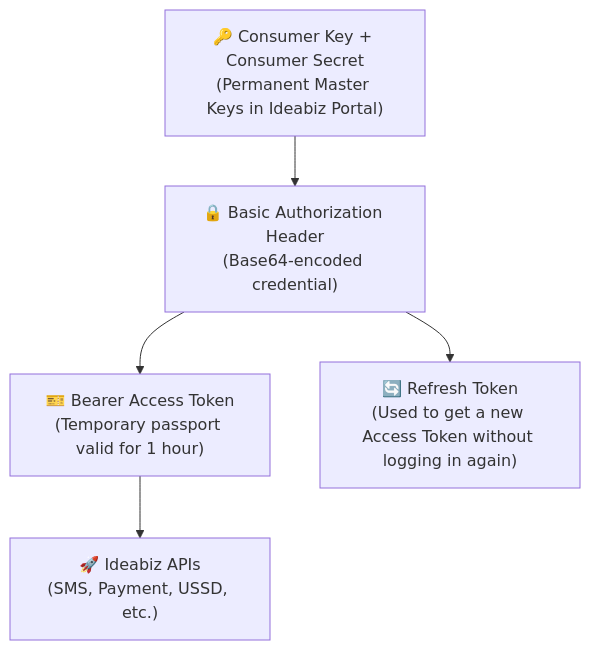
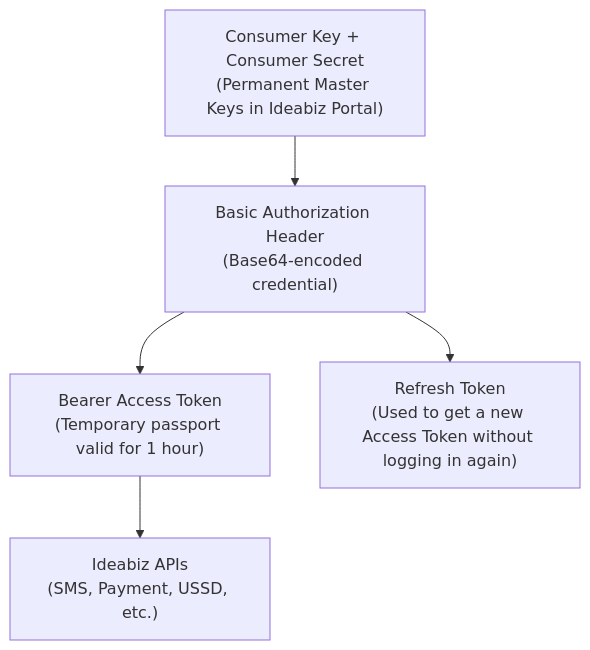
One commit to ideabizmart/Docs-Ideabiz-v2 changed the diagram in docs/Getting_Started/Generate_Token.md. Above: the diagram before and after it, drawn with Mermaid. The commit also changed other lines of this file and 8 other files, not shown here.

````diff
--- a/docs/Getting_Started/Generate_Token.md
+++ b/docs/Getting_Started/Generate_Token.md
@@ -13,7 +13,7 @@
 ```mermaid
 graph TD
-    A["🔑 Consumer Key + Consumer Secret<br/>(Permanent Master Keys in Ideabiz Portal)"] --> B["🔒 Basic Authorization Header<br/>(Base64-encoded credential)"]
-    B --> C["🎫 Bearer Access Token<br/>(Temporary passport valid for 1 hour)"]
-    B --> D["🔄 Refresh Token<br/>(Used to get a new Access Token without logging in again)"]
-    C --> E["🚀 Ideabiz APIs<br/>(SMS, Payment, USSD, etc.)"]
+    A["Consumer Key + Consumer Secret<br/>(Permanent Master Keys in Ideabiz Portal)"] --> B["Basic Authorization Header<br/>(Base64-encoded credential)"]
+    B --> C["Bearer Access Token<br/>(Temporary passport valid for 1 hour)"]
+    B --> D["Refresh Token<br/>(Used to get a new Access Token without logging in again)"]
+    C --> E["Ideabiz APIs<br/>(SMS, Payment, USSD, etc.)"]
 ```
````
